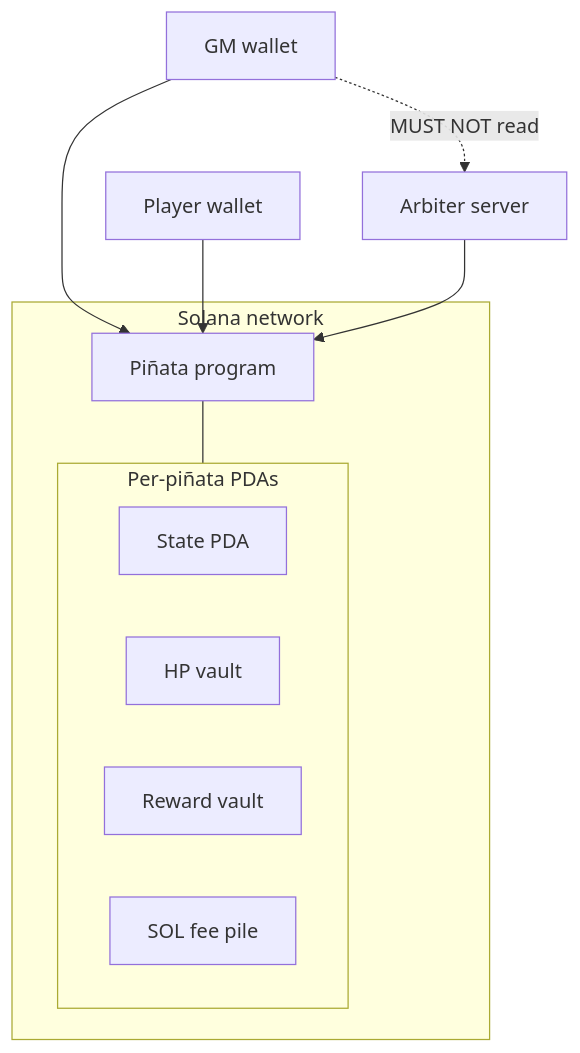
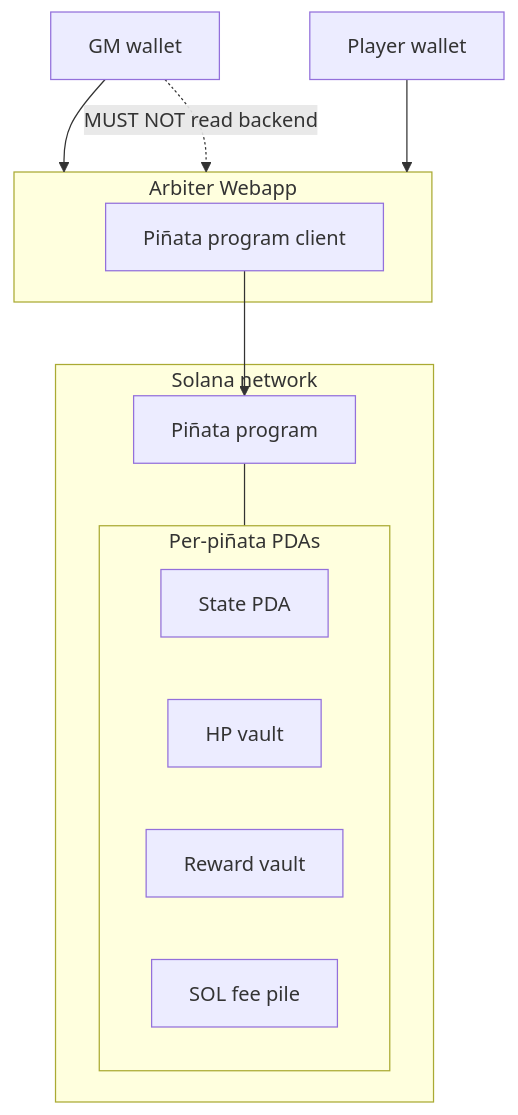
The diagram in docs/deployment.md (kilogold/confidential-pinata), drawn with Mermaid before and after one commit. The commit also changed other lines of this file and 7 other files, not shown here.

First line of the commit message:
Record arbiter-webapp flows and bound zero-proof kill settlement.

````diff
--- a/docs/deployment.md
+++ b/docs/deployment.md
@@ -9,22 +9,25 @@
 ```mermaid
 flowchart TB
   gmWallet[GM wallet]
   playerWallet[Player wallet]
-  arbiter[Arbiter server]
+
+  subgraph arbiter [Arbiter Webapp]
+    client[Piñata program client]
+  end
 
   subgraph solana [Solana network]
     program[Piñata program]
     subgraph pdas [Per-piñata PDAs]
       state[State PDA]
       hpVault[HP vault]
       rewardVault[Reward vault]
       solPile[SOL fee pile]
     end
     program --- pdas
   end
 
-  gmWallet --> program
-  playerWallet --> program
-  arbiter --> program
-  gmWallet -.->|"MUST NOT read"| arbiter
+  gmWallet --> arbiter
+  playerWallet --> arbiter
+  client --> program
+  gmWallet -.->|"MUST NOT read backend"| arbiter
 ```
````
